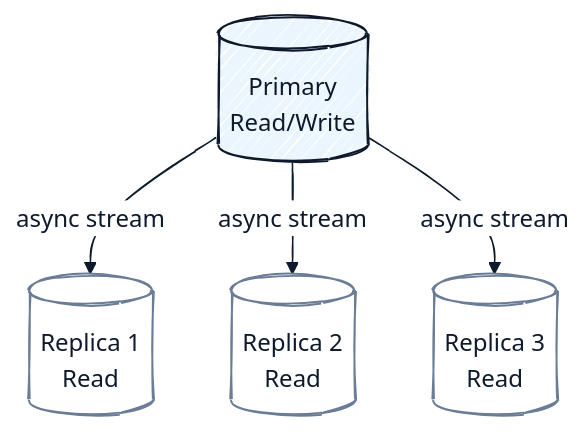
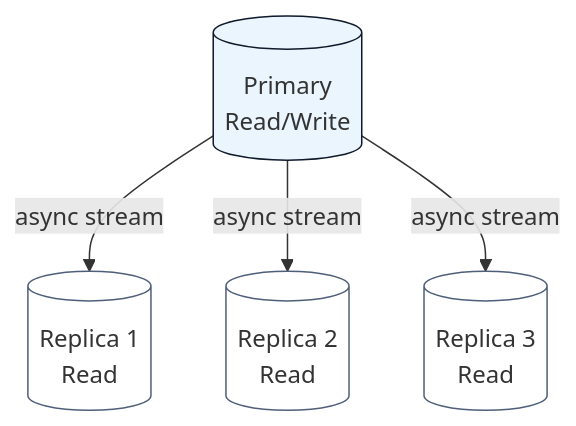
Before and after one commit to cartmancodes/InterviewVault: the fifth of 13 diagrams in LLD/CoreConcepts/Redis.md, drawn with Mermaid. The commit also changed other lines of this file and 679 other files, not shown here.

Commit message:
Unify content diagrams and add accessible visual walkthroughs

````diff
--- a/LLD/CoreConcepts/Redis.md
+++ b/LLD/CoreConcepts/Redis.md
@@ -265,30 +209,16 @@
 ```mermaid
----
-config:
-  look: handDrawn
-  handDrawnSeed: 7
-  theme: base
-  themeVariables:
-    primaryColor: "#FFFFFF"
-    primaryBorderColor: "#0E1A2B"
-    primaryTextColor: "#0E1A2B"
-    lineColor: "#0E1A2B"
-    clusterBkg: "#FFFFFF"
-    clusterBorder: "#6B7C96"
-    edgeLabelBackground: "#FFFFFF"
----
 graph TB
     P[(Primary<br/>Read/Write)]
     R1[(Replica 1<br/>Read)]
     R2[(Replica 2<br/>Read)]
     R3[(Replica 3<br/>Read)]
 
     P -->|async stream| R1
     P -->|async stream| R2
     P -->|async stream| R3
 
     style P fill:#EAF5FD,stroke:#0E1A2B
-    style R1 fill:#FFFFFF,stroke:#6B7C96
-    style R2 fill:#FFFFFF,stroke:#6B7C96
-    style R3 fill:#FFFFFF,stroke:#6B7C96
+    style R1 fill:#FFFFFF,stroke:#4F5F79
+    style R2 fill:#FFFFFF,stroke:#4F5F79
+    style R3 fill:#FFFFFF,stroke:#4F5F79
 ```
````
